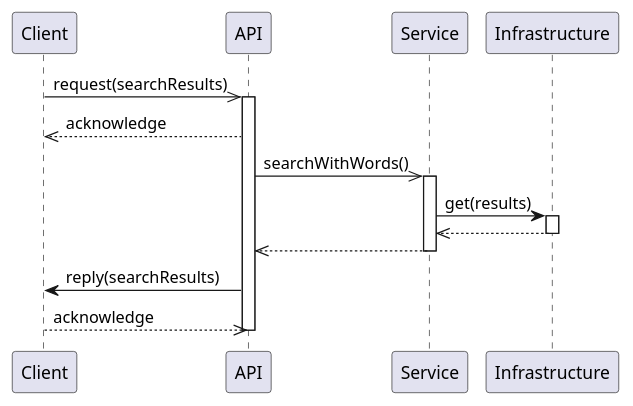
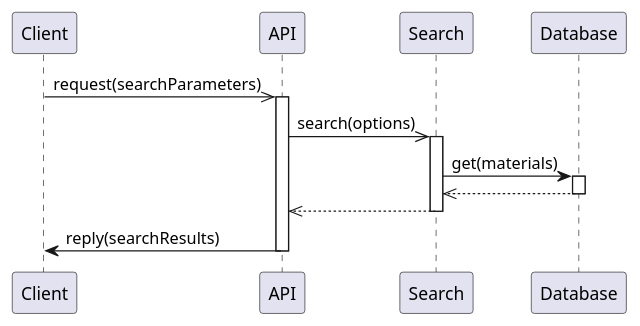
One commit to toffernator/blueberry changed the diagram in docs/uml/sequence.puml. Above: the diagram before and after it, drawn with PlantUML. The commit also changed other lines of this file and 1 other file, not shown here.

```diff
--- a/docs/uml/sequence.puml
+++ b/docs/uml/sequence.puml
@@ -1,23 +1,21 @@
 @startuml
 participant Client
 
-Client ->> API: request(searchResults)
+Client ->> API: request(searchParameters)
 activate API
-API -->> Client: acknowledge
 
-API ->> Service: searchWithWords() 
-activate Service
+API ->> Search: search(options)
+activate Search
 
-Service -> Infrastructure: get(results)
-activate Infrastructure
-Infrastructure -->> Service
-deactivate Infrastructure
+Search -> Database: get(materials)
+activate Database
+Database -->> Search
+deactivate Database
 
-Service -->> API 
-deactivate Service
+Search -->> API
+deactivate Search
 
 API -> Client: reply(searchResults)
-Client -->> API: acknowledge
 deactivate API
 
 @enduml
```
